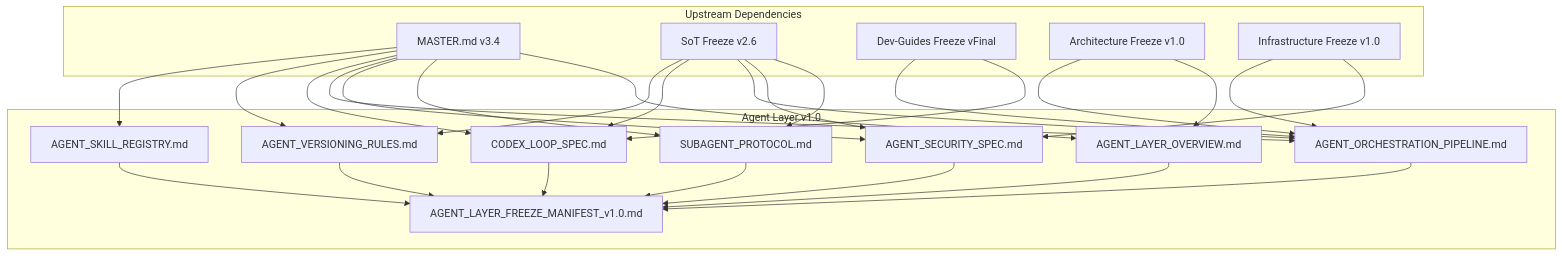
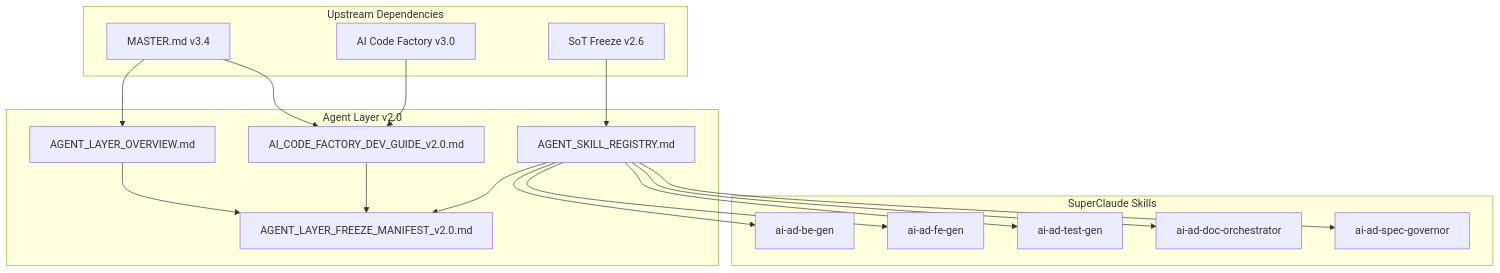
The diagram in docs/6.agent-layer/AGENT_LAYER_FREEZE_MANIFEST_v1.0.md (wade56754/AI_ad_spend02), drawn with Mermaid before and after one commit. The commit also changed other lines of this file and 3 other files, not shown here.

First line of the commit message:
docs: Agent Layer v2.0 - 迁移至纯 SuperClaude Skill 架构

````diff
--- a/docs/6.agent-layer/AGENT_LAYER_FREEZE_MANIFEST_v1.0.md
+++ b/docs/6.agent-layer/AGENT_LAYER_FREEZE_MANIFEST_v1.0.md
@@ -239,52 +159,38 @@
 ```mermaid
 graph TB
-    subgraph "Agent Layer v1.0"
+    subgraph "Agent Layer v2.0"
         OVERVIEW[AGENT_LAYER_OVERVIEW.md]
-        PROTOCOL[SUBAGENT_PROTOCOL.md]
-        SECURITY[AGENT_SECURITY_SPEC.md]
-        ORCH[AGENT_ORCHESTRATION_PIPELINE.md]
-        CODEX[CODEX_LOOP_SPEC.md]
-        VERSION[AGENT_VERSIONING_RULES.md]
+        GUIDE[AI_CODE_FACTORY_DEV_GUIDE_v2.0.md]
         SKILL[AGENT_SKILL_REGISTRY.md]
-        FREEZE[AGENT_LAYER_FREEZE_MANIFEST_v1.0.md]
+        FREEZE[AGENT_LAYER_FREEZE_MANIFEST_v2.0.md]
+    end
+
+    subgraph "SuperClaude Skills"
+        BEGen[ai-ad-be-gen]
+        FEGen[ai-ad-fe-gen]
+        TestGen[ai-ad-test-gen]
+        DocOrch[ai-ad-doc-orchestrator]
+        SpecGov[ai-ad-spec-governor]
     end
 
     subgraph "Upstream Dependencies"
         MASTER[MASTER.md v3.4]
         SOT[SoT Freeze v2.6]
-        DEV[Dev-Guides Freeze vFinal]
-        ARCH[Architecture Freeze v1.0]
-        INFRA[Infrastructure Freeze v1.0]
+        FACTORY[AI Code Factory v3.0]
     end
 
     MASTER --> OVERVIEW
-    MASTER --> PROTOCOL
-    MASTER --> SECURITY
-    MASTER --> ORCH
-    MASTER --> CODEX
-    MASTER --> VERSION
-    MASTER --> SKILL
+    MASTER --> GUIDE
+    SOT --> SKILL
+    FACTORY --> GUIDE
 
-    SOT --> PROTOCOL
-    SOT --> SECURITY
-    SOT --> ORCH
-    SOT --> CODEX
-    SOT --> VERSION
-
-    DEV --> CODEX
-    DEV --> ORCH
-
-    ARCH --> OVERVIEW
-    ARCH --> ORCH
-
-    INFRA --> SECURITY
-    INFRA --> ORCH
+    SKILL --> BEGen
+    SKILL --> FEGen
+    SKILL --> TestGen
+    SKILL --> DocOrch
+    SKILL --> SpecGov
 
     OVERVIEW --> FREEZE
-    PROTOCOL --> FREEZE
-    SECURITY --> FREEZE
-    ORCH --> FREEZE
-    CODEX --> FREEZE
-    VERSION --> FREEZE
+    GUIDE --> FREEZE
     SKILL --> FREEZE
 ```
````
